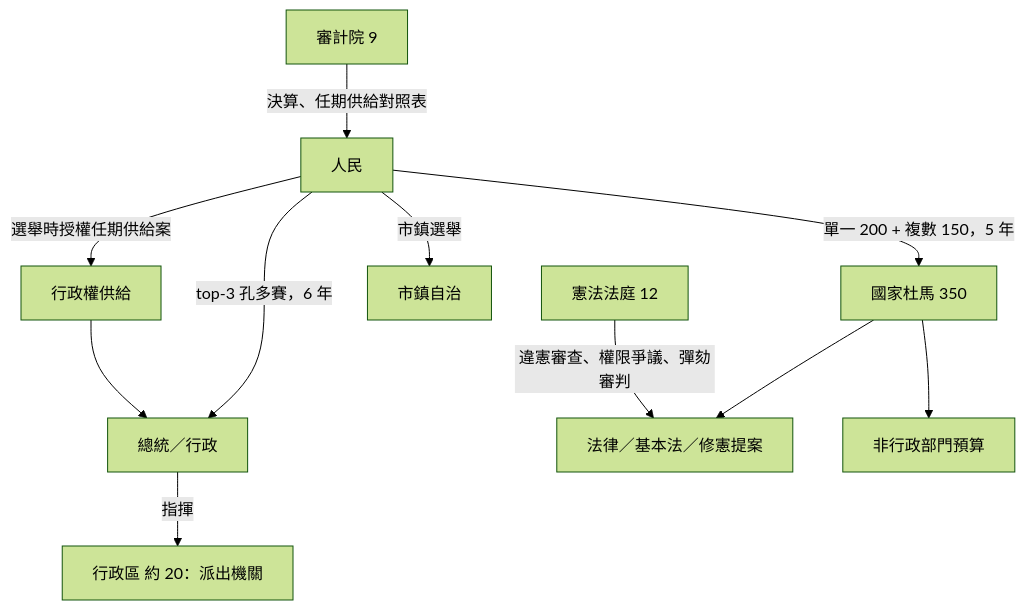
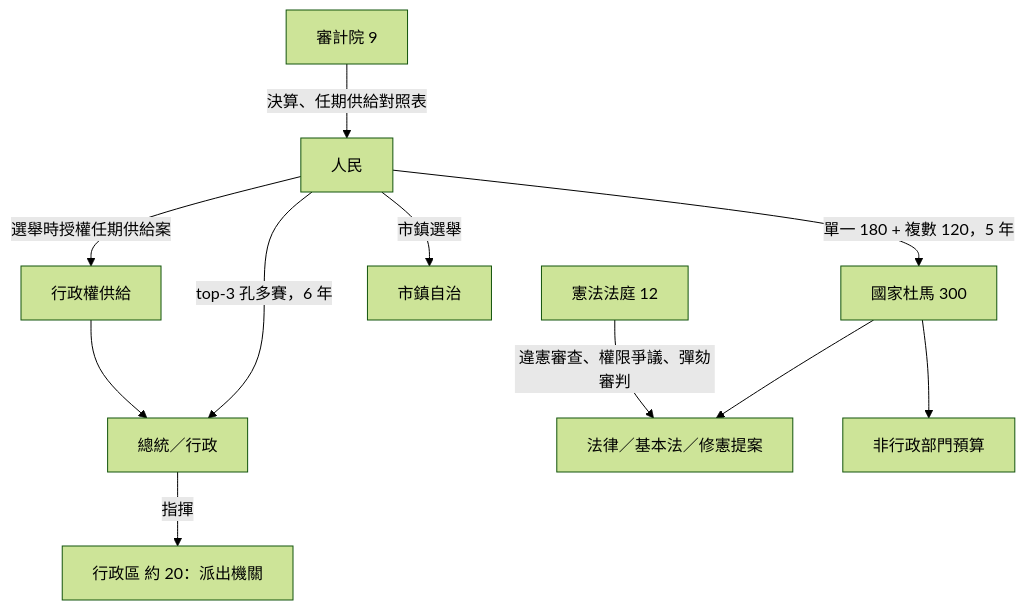
Before and after one commit to IRonROOT578/Political-Economy-Research-Public: the first of 11 diagrams in topics/regime-designs/designs/俄羅斯/一院總統制/憲政架構圖.md, drawn with Mermaid (forest theme). The commit also changed other lines of this file and 62 other files, not shown here.

````diff
--- a/topics/regime-designs/designs/俄羅斯/一院總統制/憲政架構圖.md
+++ b/topics/regime-designs/designs/俄羅斯/一院總統制/憲政架構圖.md
@@ -7,16 +7,16 @@
 ```mermaid
 flowchart TD
   People[人民]
   People -->|top-3 孔多賽，6 年| Pres[總統／行政]
-  People -->|單一 200 + 複數 150，5 年| Duma[國家杜馬 350]
+  People -->|單一 180 + 複數 120，5 年| Duma[國家杜馬 300]
   People -->|選舉時授權任期供給案| Supply[行政權供給]
   People -->|市鎮選舉| Muni[市鎮自治]
   Supply --> Pres
   Duma --> Law[法律／基本法／修憲提案]
   Duma --> OthBud[非行政部門預算]
   Court[憲法法庭 12]
   Audit[審計院 9]
   Court -->|違憲審查、權限爭議、彈劾審判| Law
   Audit -->|決算、任期供給對照表| People
   Pres -->|指揮| Okrug[行政區 約 20：派出機關]
 ```
````
